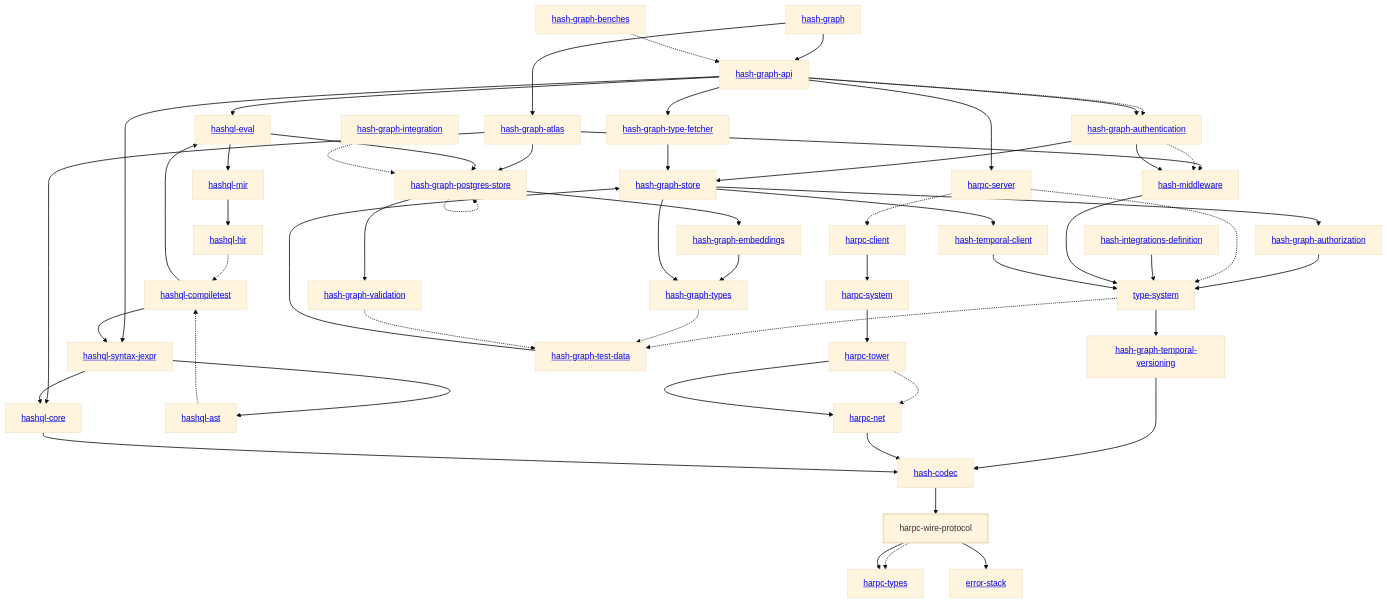
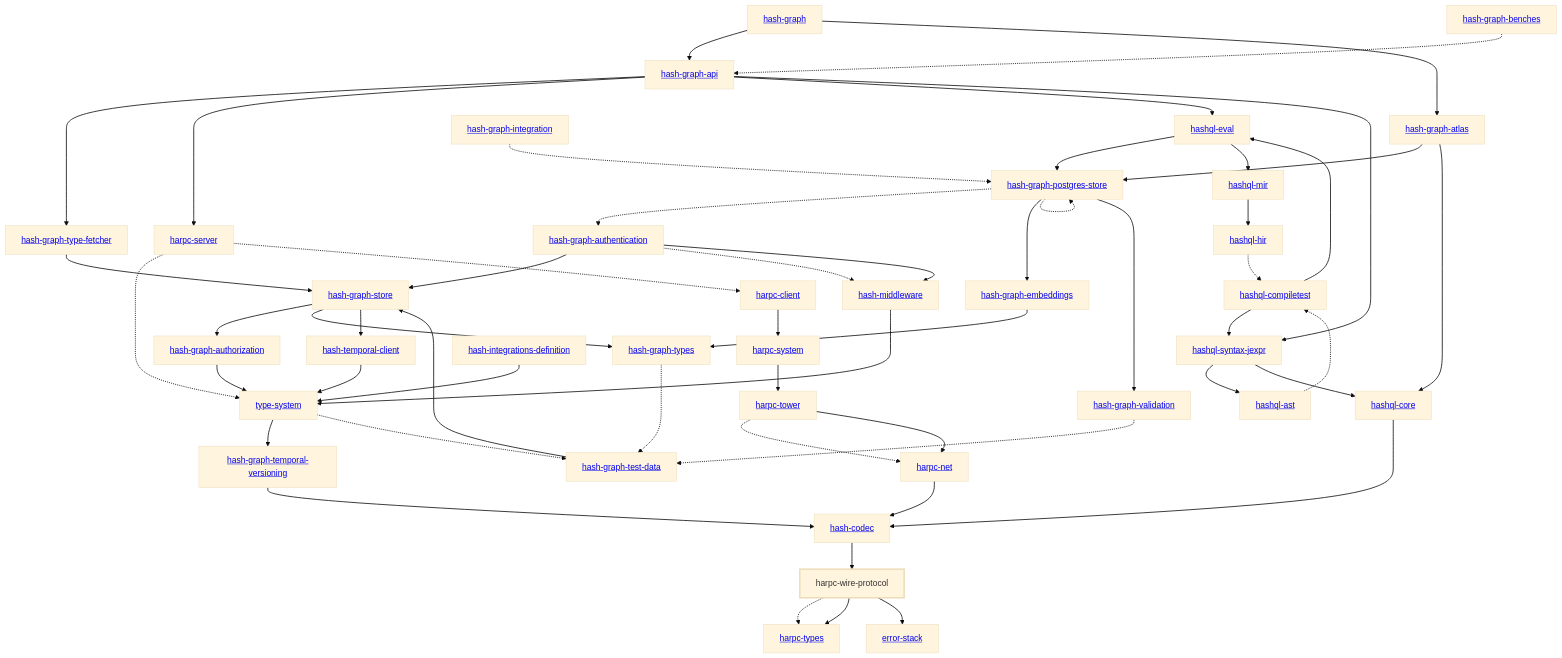
One commit to hashintel/hash changed the diagram in libs/@local/harpc/wire-protocol/docs/dependency-diagram.mmd. Above: the diagram before and after it, drawn with Mermaid (base theme). The commit also changed 47 other files, not shown here.

Commit message:
Authenticate public Graph API requests with API tokens

```diff
--- a/libs/@local/harpc/wire-protocol/docs/dependency-diagram.mmd
+++ b/libs/@local/harpc/wire-protocol/docs/dependency-diagram.mmd
@@ -1,101 +1,99 @@
 graph TD
     linkStyle default stroke-width:1.5px
     classDef default stroke-width:1px
     classDef root stroke-width:3px
     classDef dev stroke-width:1px
     classDef build stroke-width:1px
     %% Legend
     %% --> : Normal dependency
     %% -.-> : Dev dependency
     %% ---> : Build dependency
     0[<a href="../hash_graph/index.html">hash-graph</a>]
     1[<a href="../type_system/index.html">type-system</a>]
     2[<a href="../hash_codec/index.html">hash-codec</a>]
     3[<a href="../hash_graph_api/index.html">hash-graph-api</a>]
     4[<a href="../hash_graph_atlas/index.html">hash-graph-atlas</a>]
     5[<a href="../hash_graph_authentication/index.html">hash-graph-authentication</a>]
     6[<a href="../hash_graph_authorization/index.html">hash-graph-authorization</a>]
     7[<a href="../hash_graph_embeddings/index.html">hash-graph-embeddings</a>]
     8[<a href="../hash_graph_postgres_store/index.html">hash-graph-postgres-store</a>]
     9[<a href="../hash_graph_store/index.html">hash-graph-store</a>]
     10[<a href="../hash_graph_temporal_versioning/index.html">hash-graph-temporal-versioning</a>]
     11[<a href="../hash_graph_type_fetcher/index.html">hash-graph-type-fetcher</a>]
     12[<a href="../hash_graph_types/index.html">hash-graph-types</a>]
     13[<a href="../hash_graph_validation/index.html">hash-graph-validation</a>]
     14[<a href="../harpc_client/index.html">harpc-client</a>]
     15[<a href="../harpc_net/index.html">harpc-net</a>]
     16[<a href="../harpc_server/index.html">harpc-server</a>]
     17[<a href="../harpc_system/index.html">harpc-system</a>]
     18[<a href="../harpc_tower/index.html">harpc-tower</a>]
     19[<a href="../harpc_types/index.html">harpc-types</a>]
     20[harpc-wire-protocol]
     class 20 root
     21[<a href="../hashql_ast/index.html">hashql-ast</a>]
     22[<a href="../hashql_compiletest/index.html">hashql-compiletest</a>]
     23[<a href="../hashql_core/index.html">hashql-core</a>]
     24[<a href="../hashql_eval/index.html">hashql-eval</a>]
     25[<a href="../hashql_hir/index.html">hashql-hir</a>]
     26[<a href="../hashql_mir/index.html">hashql-mir</a>]
     27[<a href="../hashql_syntax_jexpr/index.html">hashql-syntax-jexpr</a>]
     28[<a href="../hash_integrations_definition/index.html">hash-integrations-definition</a>]
     29[<a href="../hash_middleware/index.html">hash-middleware</a>]
     30[<a href="../hash_temporal_client/index.html">hash-temporal-client</a>]
     31[<a href="../error_stack/index.html">error-stack</a>]
     32[<a href="../hash_graph_benches/index.html">hash-graph-benches</a>]
     33[<a href="../hash_graph_integration/index.html">hash-graph-integration</a>]
     34[<a href="../hash_graph_test_data/index.html">hash-graph-test-data</a>]
     0 --> 3
     0 --> 4
     1 --> 10
     1 -.-> 34
     2 --> 20
-    3 -.-> 5
-    3 --> 5
     3 --> 11
     3 --> 16
     3 --> 24
     3 --> 27
     4 --> 8
     4 --> 23
-    4 --> 29
     5 --> 9
     5 -.-> 29
     5 --> 29
     6 --> 1
     7 --> 12
+    8 -.-> 5
     8 --> 7
     8 -.-> 8
     8 --> 13
     9 --> 6
     9 --> 12
     9 --> 30
     10 --> 2
     11 --> 9
     12 -.-> 34
     13 -.-> 34
     14 --> 17
     15 --> 2
     16 -.-> 1
     16 -.-> 14
     17 --> 18
     18 -.-> 15
     18 --> 15
     20 -.-> 19
     20 --> 19
     20 --> 31
     21 -.-> 22
     22 --> 24
     22 --> 27
     23 --> 2
     24 --> 8
     24 --> 26
     25 -.-> 22
     26 --> 25
     27 --> 21
     27 --> 23
     28 --> 1
     29 --> 1
     30 --> 1
     32 -.-> 3
     33 -.-> 8
     34 --> 9
```
